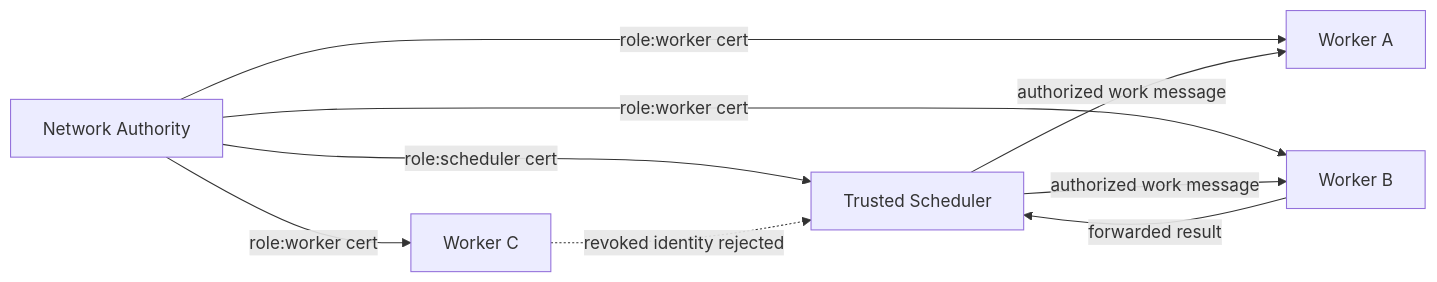
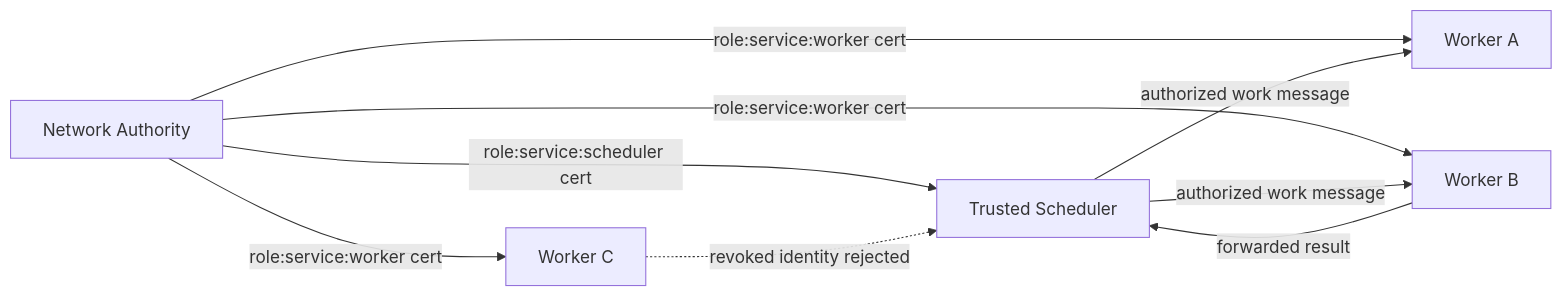
The fifth of 5 diagrams in docs/concepts/deployment-scenarios.md (GenesisMeshLabs/genesismesh), drawn with Mermaid before and after one commit. The commit also changed other lines of this file and 54 other files, not shown here.

````diff
--- a/docs/concepts/deployment-scenarios.md
+++ b/docs/concepts/deployment-scenarios.md
@@ -92,18 +133,18 @@
 ```{mermaid}
 flowchart LR
     na["Network Authority"]
     scheduler["Trusted Scheduler"]
     worker_a["Worker A"]
     worker_b["Worker B"]
     worker_c["Worker C"]
 
-    na -->|role:scheduler cert| scheduler
-    na -->|role:worker cert| worker_a
-    na -->|role:worker cert| worker_b
-    na -->|role:worker cert| worker_c
+    na -->|role:service:scheduler cert| scheduler
+    na -->|role:service:worker cert| worker_a
+    na -->|role:service:worker cert| worker_b
+    na -->|role:service:worker cert| worker_c
 
     scheduler -->|authorized work message| worker_a
     scheduler -->|authorized work message| worker_b
     worker_b -->|forwarded result| scheduler
     worker_c -. revoked identity rejected .-> scheduler
 ```
````
